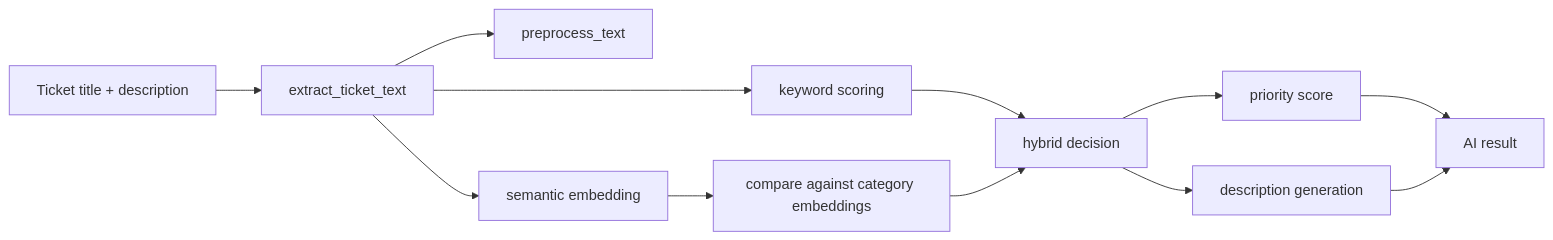
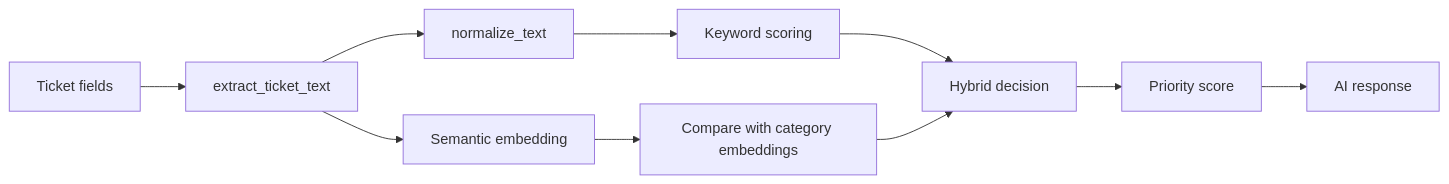
The second of 3 diagrams in docs/services/ai-service/architecture.md (Plymouth-University/comp2003-2025-2026-team-3), drawn with Mermaid before and after one commit. The commit also changed other lines of this file and 5 other files, not shown here.

````diff
--- a/docs/services/ai-service/architecture.md
+++ b/docs/services/ai-service/architecture.md
@@ -185,14 +132,12 @@
 ```mermaid
 flowchart LR
-  Ticket[Ticket title + description] --> Extract[extract_ticket_text]
-  Extract --> Preprocess[preprocess_text]
-  Extract --> Keyword[keyword scoring]
-  Extract --> Embed[semantic embedding]
-  Embed --> Compare[compare against category embeddings]
-  Keyword --> Hybrid[hybrid decision]
+  Ticket[Ticket fields] --> Extract[extract_ticket_text]
+  Extract --> Normalize[normalize_text]
+  Normalize --> Keyword[Keyword scoring]
+  Extract --> Embed[Semantic embedding]
+  Embed --> Compare[Compare with category embeddings]
+  Keyword --> Hybrid[Hybrid decision]
   Compare --> Hybrid
-  Hybrid --> Score[priority score]
-  Hybrid --> Explain[description generation]
-  Score --> Final[AI result]
-  Explain --> Final
+  Hybrid --> Score[Priority score]
+  Score --> Final[AI response]
 ```
````
